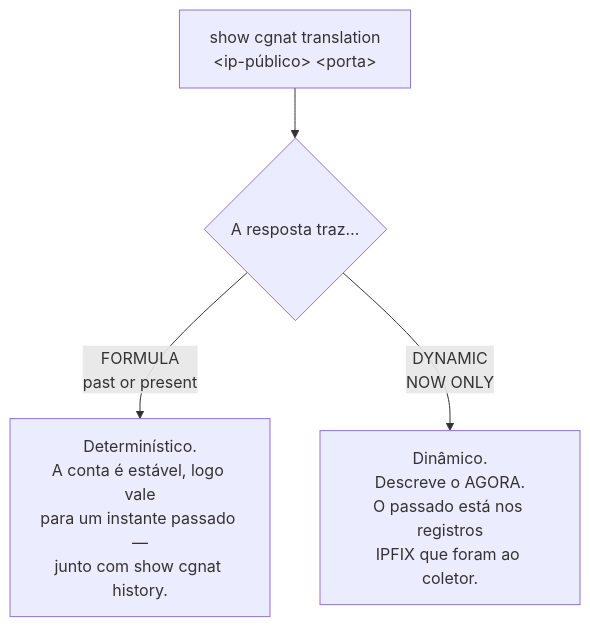
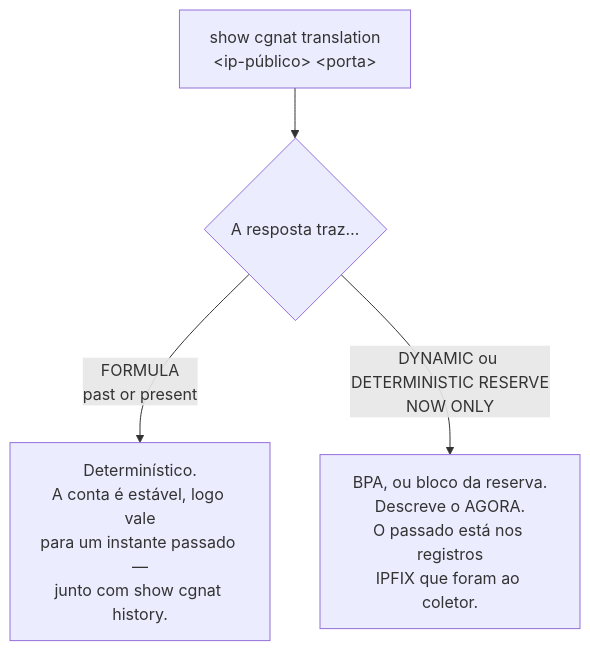
One commit to andrediashexa/prismarouting changed the diagram in wiki/referencia/vty-prismash-guia-de-uso/comandos-show.md. Above: the diagram before and after it, drawn with Mermaid. The commit also changed other lines of this file and 101 other files, not shown here.

````diff
--- a/wiki/referencia/vty-prismash-guia-de-uso/comandos-show.md
+++ b/wiki/referencia/vty-prismash-guia-de-uso/comandos-show.md
@@ -773,6 +796,6 @@
 ```mermaid
 flowchart TD
     T["show cgnat translation<br/>&lt;ip-público&gt; &lt;porta&gt;"] --> Q{"A resposta traz…"}
     Q -->|"FORMULA<br/>past or present"| A["Determinístico.<br/>A conta é estável, logo vale<br/>para um instante passado —<br/>junto com show cgnat history."]
-    Q -->|"DYNAMIC<br/>NOW ONLY"| B["Dinâmico.<br/>Descreve o AGORA.<br/>O passado está nos registros<br/>IPFIX que foram ao coletor."]
+    Q -->|"DYNAMIC ou DETERMINISTIC RESERVE<br/>NOW ONLY"| B["BPA, ou bloco da reserva.<br/>Descreve o AGORA.<br/>O passado está nos registros<br/>IPFIX que foram ao coletor."]
 ```
````
